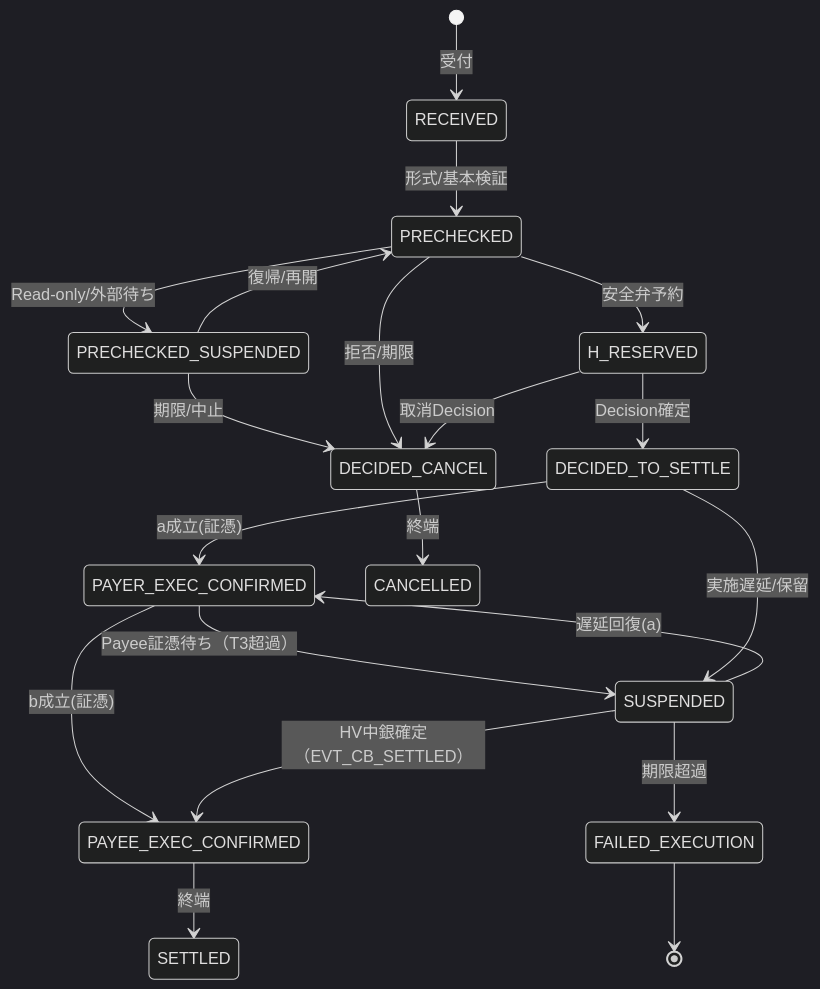
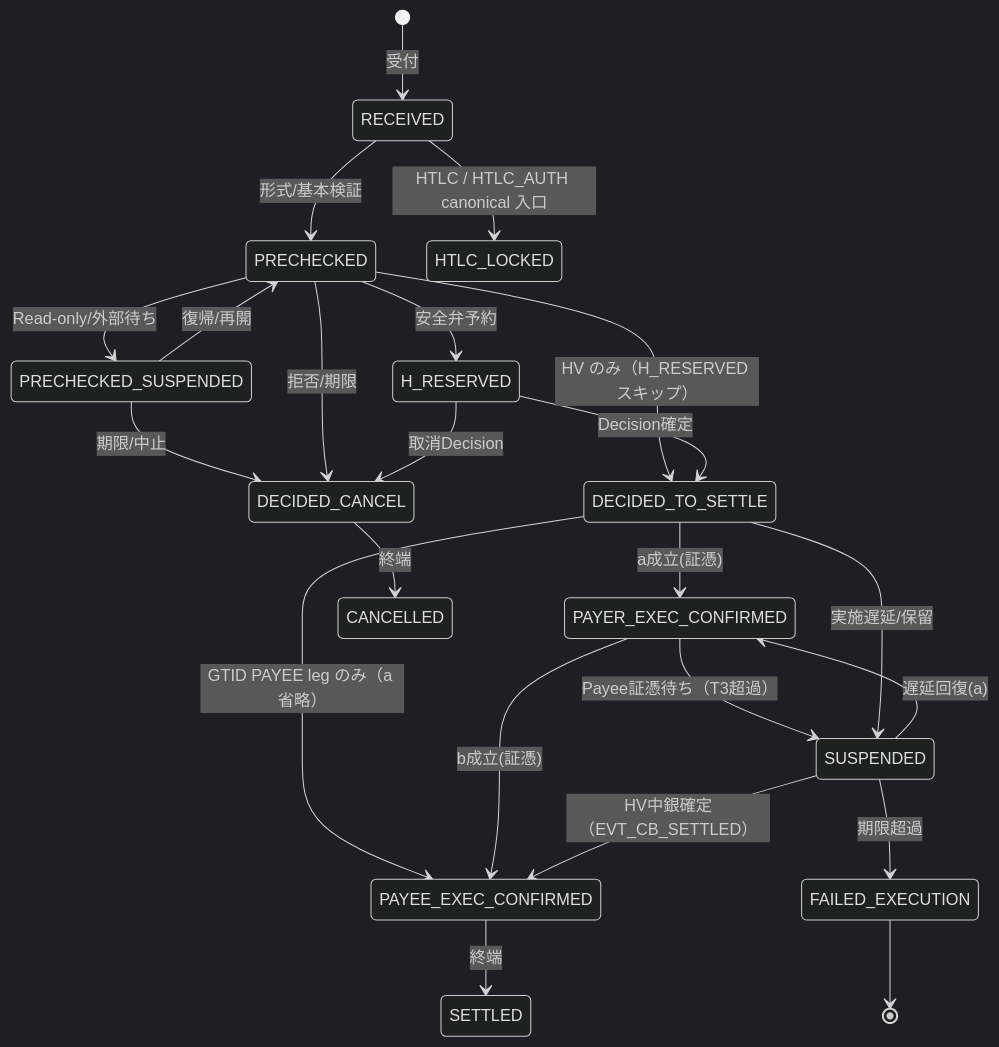
One commit to pochatt/Zenith-Payment-System changed diagram 11 of 15 in specs/zenith_public.md. Above: the diagram before and after it, drawn with Mermaid (dark theme). The commit also changed other lines of this file and 6 other files, not shown here.

````diff
--- a/specs/zenith_public.md
+++ b/specs/zenith_public.md
@@ -944,26 +958,29 @@
 ```mermaid
 stateDiagram-v2
   [*] --> RECEIVED: 受付
   RECEIVED --> PRECHECKED: 形式/基本検証
+  RECEIVED --> HTLC_LOCKED: HTLC / HTLC_AUTH canonical 入口
 
   PRECHECKED --> PRECHECKED_SUSPENDED: Read-only/外部待ち
   PRECHECKED_SUSPENDED --> PRECHECKED: 復帰/再開
   PRECHECKED_SUSPENDED --> DECIDED_CANCEL: 期限/中止
 
   PRECHECKED --> H_RESERVED: 安全弁予約
+  PRECHECKED --> DECIDED_TO_SETTLE: HV のみ（H_RESERVED スキップ）
   H_RESERVED --> DECIDED_TO_SETTLE: Decision確定
   DECIDED_TO_SETTLE --> PAYER_EXEC_CONFIRMED: a成立(証憑)
+  DECIDED_TO_SETTLE --> PAYEE_EXEC_CONFIRMED: GTID PAYEE leg のみ（a 省略）
   PAYER_EXEC_CONFIRMED --> PAYEE_EXEC_CONFIRMED: b成立(証憑)
   PAYER_EXEC_CONFIRMED --> SUSPENDED: Payee証憑待ち（T3超過）
   PAYEE_EXEC_CONFIRMED --> SETTLED: 終端
 
   PRECHECKED --> DECIDED_CANCEL: 拒否/期限
   H_RESERVED --> DECIDED_CANCEL: 取消Decision
   DECIDED_TO_SETTLE --> SUSPENDED: 実施遅延/保留
   SUSPENDED --> PAYER_EXEC_CONFIRMED: 遅延回復(a)
   SUSPENDED --> PAYEE_EXEC_CONFIRMED: HV中銀確定（EVT_CB_SETTLED）
   SUSPENDED --> FAILED_EXECUTION: 期限超過
 
   DECIDED_CANCEL --> CANCELLED: 終端
   FAILED_EXECUTION --> [*]
 ```
````
